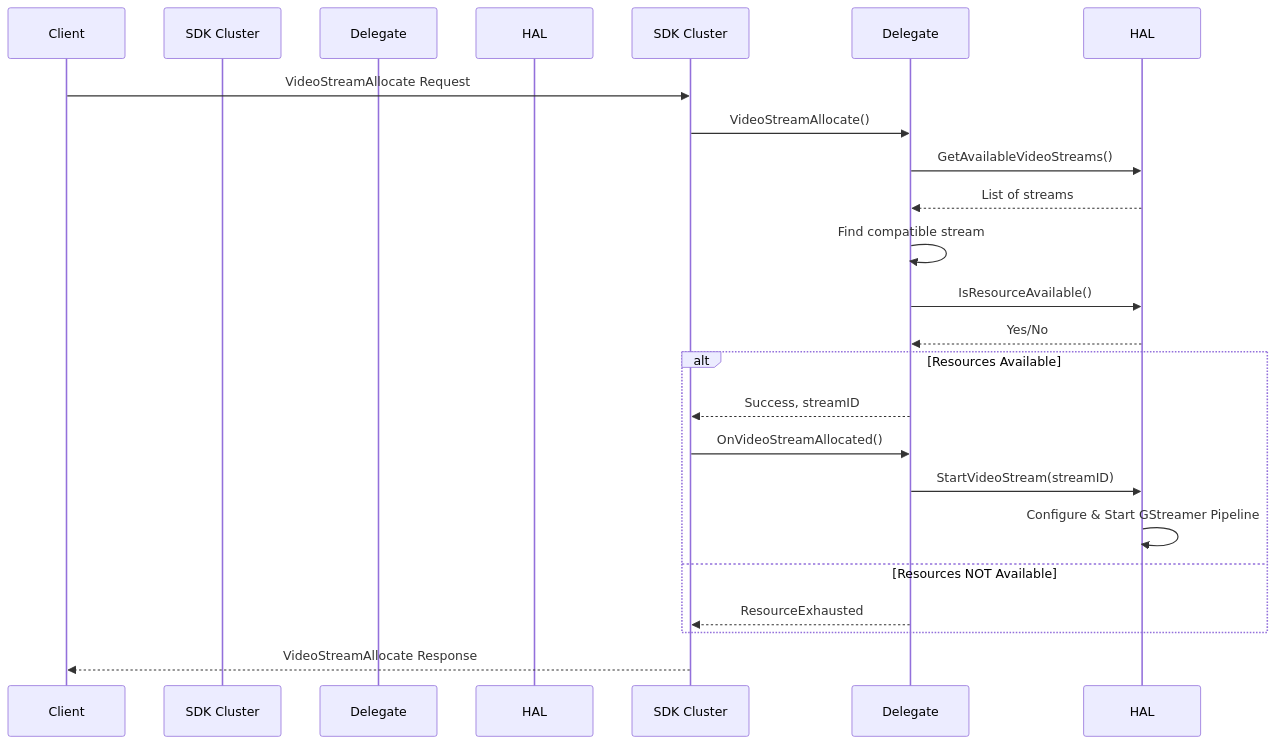
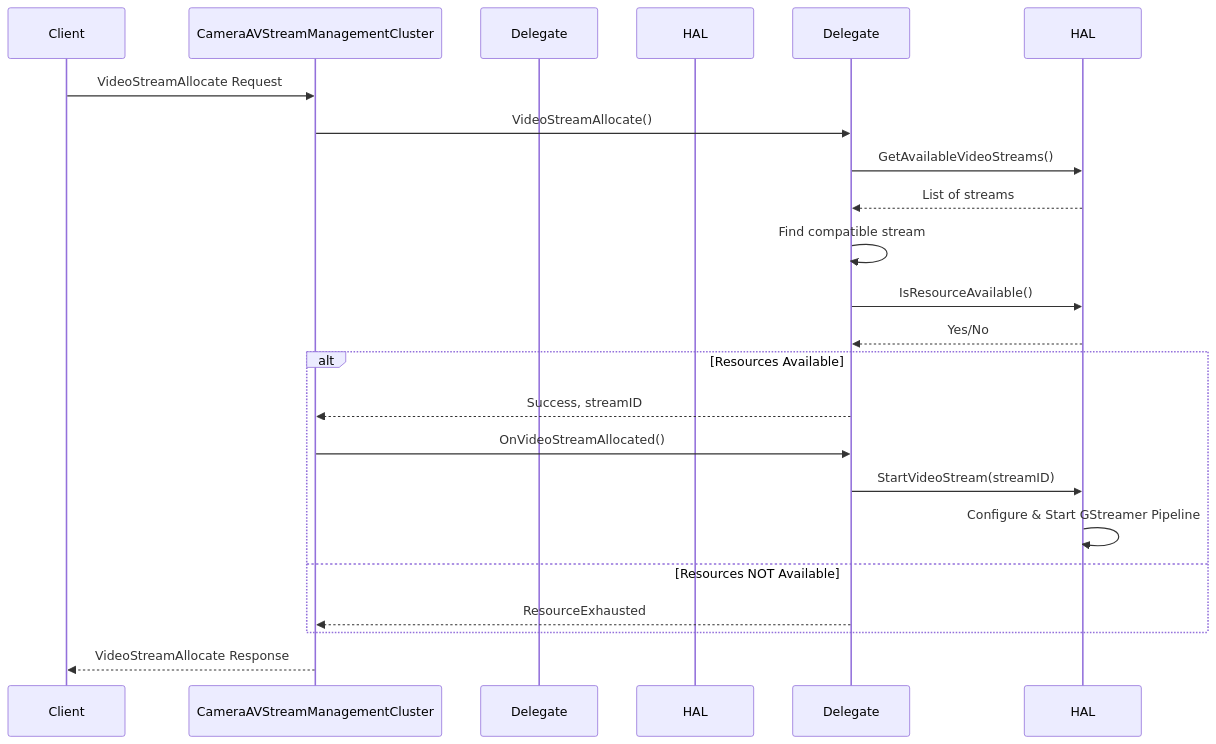
Before and after one commit to project-chip/connectedhomeip: the second of 5 diagrams in examples/camera-app/linux/doc/camera-app-architecture.md, drawn with Mermaid.

Commit message:
Apply suggestion from @Copilot

````diff
--- a/examples/camera-app/linux/doc/camera-app-architecture.md
+++ b/examples/camera-app/linux/doc/camera-app-architecture.md
@@ -309,24 +309,24 @@
 ```mermaid
 sequenceDiagram
     participant Client
-    participant CameraAVStreamManagementCluster as SDK Cluster
+    participant CameraAVStreamManagementCluster
     participant CameraAVStreamManager as Delegate
     participant CameraDevice as HAL
 
-    Client ->> SDK Cluster: VideoStreamAllocate Request
-    SDK Cluster ->> Delegate: VideoStreamAllocate()
+    Client ->> CameraAVStreamManagementCluster: VideoStreamAllocate Request
+    CameraAVStreamManagementCluster ->> Delegate: VideoStreamAllocate()
     Delegate ->> HAL: GetAvailableVideoStreams()
     HAL -->> Delegate: List of streams
     Delegate ->> Delegate: Find compatible stream
     Delegate ->> HAL: IsResourceAvailable()
     HAL -->> Delegate: Yes/No
     alt Resources Available
-        Delegate -->> SDK Cluster: Success, streamID
-        SDK Cluster ->> Delegate: OnVideoStreamAllocated()
+        Delegate -->> CameraAVStreamManagementCluster: Success, streamID
+        CameraAVStreamManagementCluster ->> Delegate: OnVideoStreamAllocated()
         Delegate ->> HAL: StartVideoStream(streamID)
         HAL ->> HAL: Configure & Start GStreamer Pipeline
     else Resources NOT Available
-        Delegate -->> SDK Cluster: ResourceExhausted
+        Delegate -->> CameraAVStreamManagementCluster: ResourceExhausted
     end
-    SDK Cluster -->> Client: VideoStreamAllocate Response
+    CameraAVStreamManagementCluster -->> Client: VideoStreamAllocate Response
 ```
````
